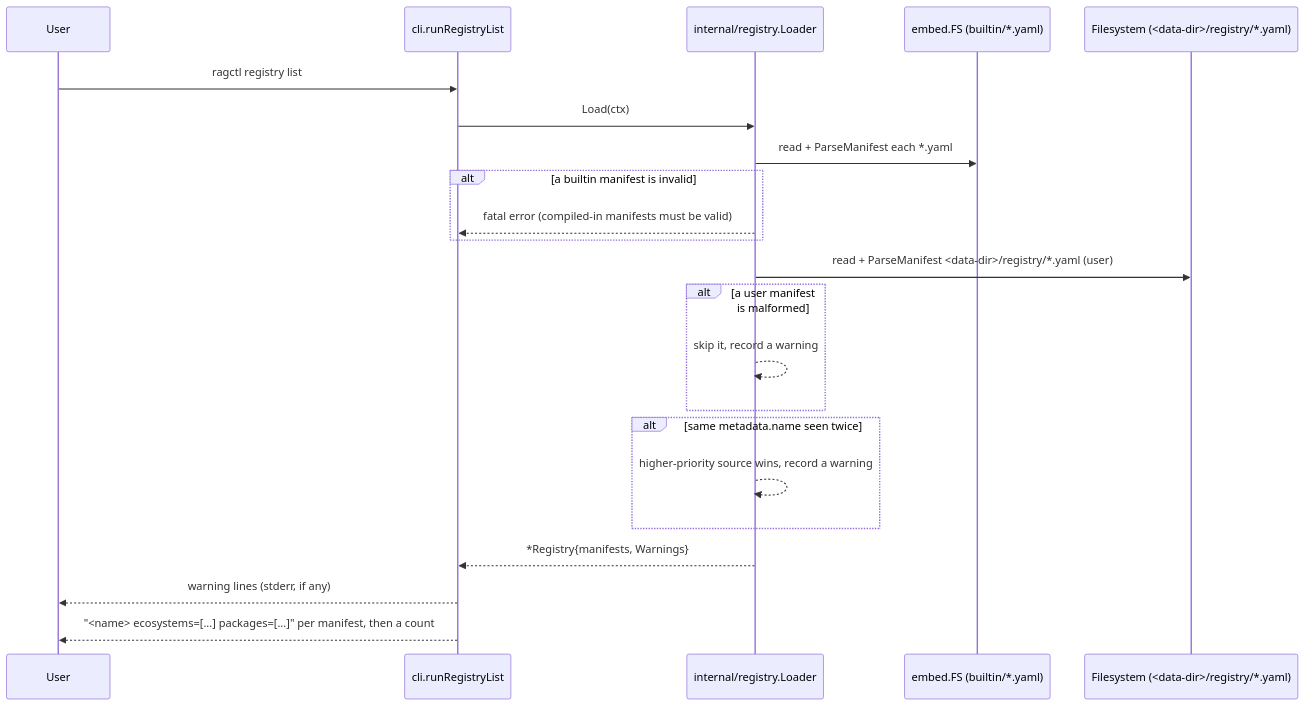
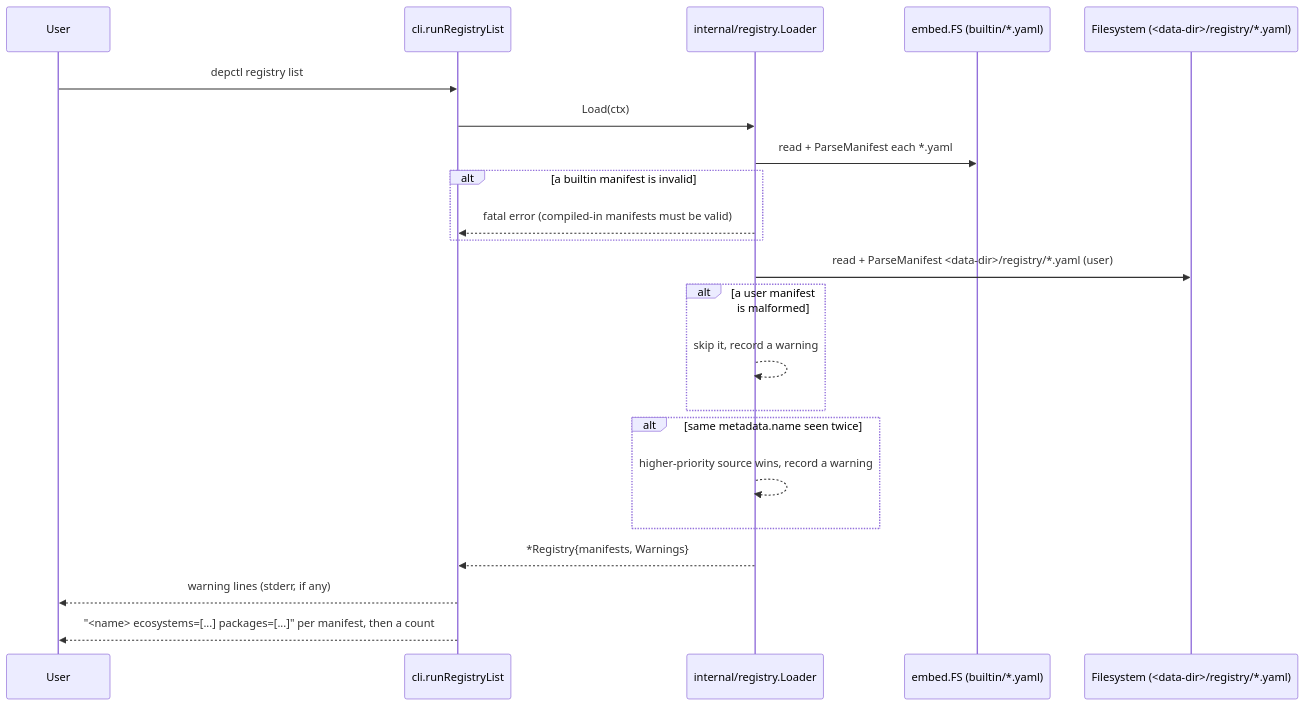
The seventh of 16 diagrams in docs/architecture.md (aleutian-ai/depctl), drawn with Mermaid before and after one commit. The commit also changed other lines of this file and 588 other files, not shown here.

Commit message:
Rename ragctl to depctl: binary, module github.com/aleutian-ai/depctl, paths, env vars, metrics, MCP name, docs

````diff
--- a/docs/architecture.md
+++ b/docs/architecture.md
@@ -318,25 +318,25 @@
 ```mermaid
 sequenceDiagram
     participant User
     participant CLI as cli.runRegistryList
     participant Loader as internal/registry.Loader
     participant Builtin as embed.FS (builtin/*.yaml)
     participant FS as Filesystem (<data-dir>/registry/*.yaml)
 
-    User->>CLI: ragctl registry list
+    User->>CLI: depctl registry list
     CLI->>Loader: Load(ctx)
     Loader->>Builtin: read + ParseManifest each *.yaml
     alt a builtin manifest is invalid
         Loader-->>CLI: fatal error (compiled-in manifests must be valid)
     end
     Loader->>FS: read + ParseManifest <data-dir>/registry/*.yaml (user)
     alt a user manifest is malformed
         Loader-->>Loader: skip it, record a warning
     end
     alt same metadata.name seen twice
         Loader-->>Loader: higher-priority source wins, record a warning
     end
     Loader-->>CLI: *Registry{manifests, Warnings}
     CLI-->>User: warning lines (stderr, if any)
     CLI-->>User: "<name> ecosystems=[...] packages=[...]" per manifest, then a count
 ```
````
